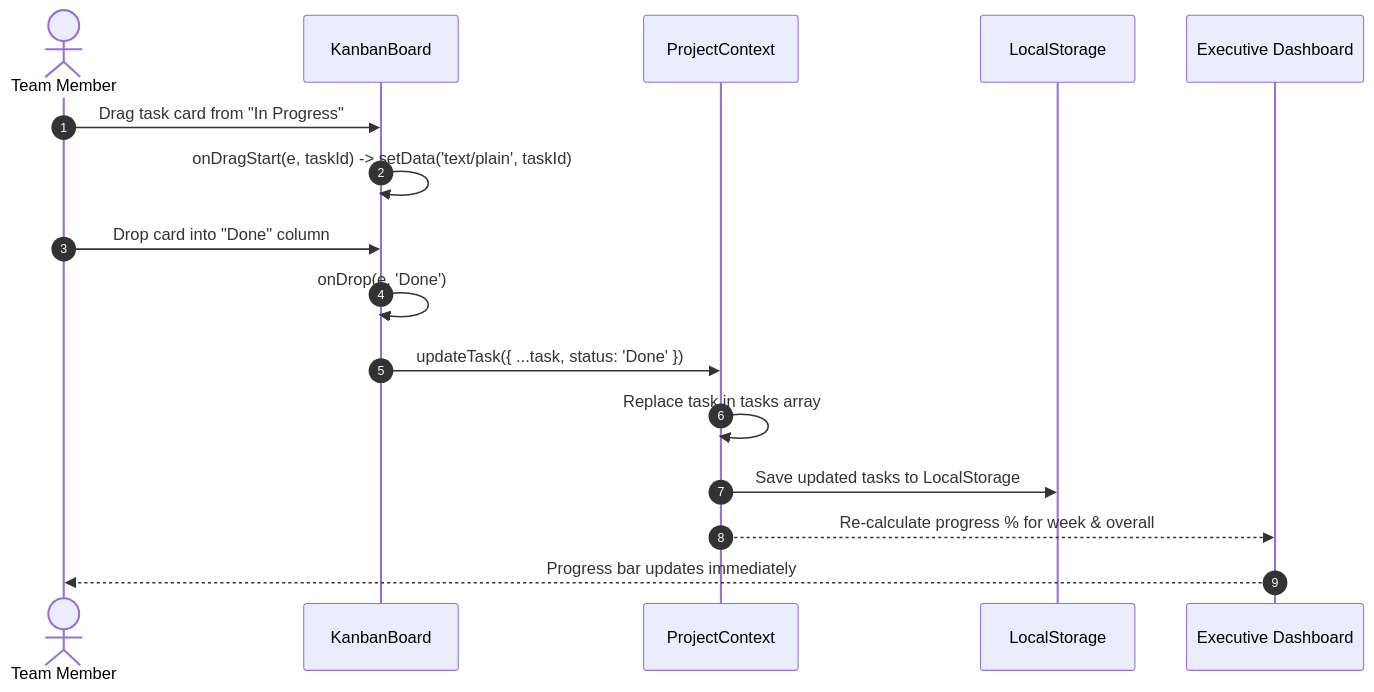
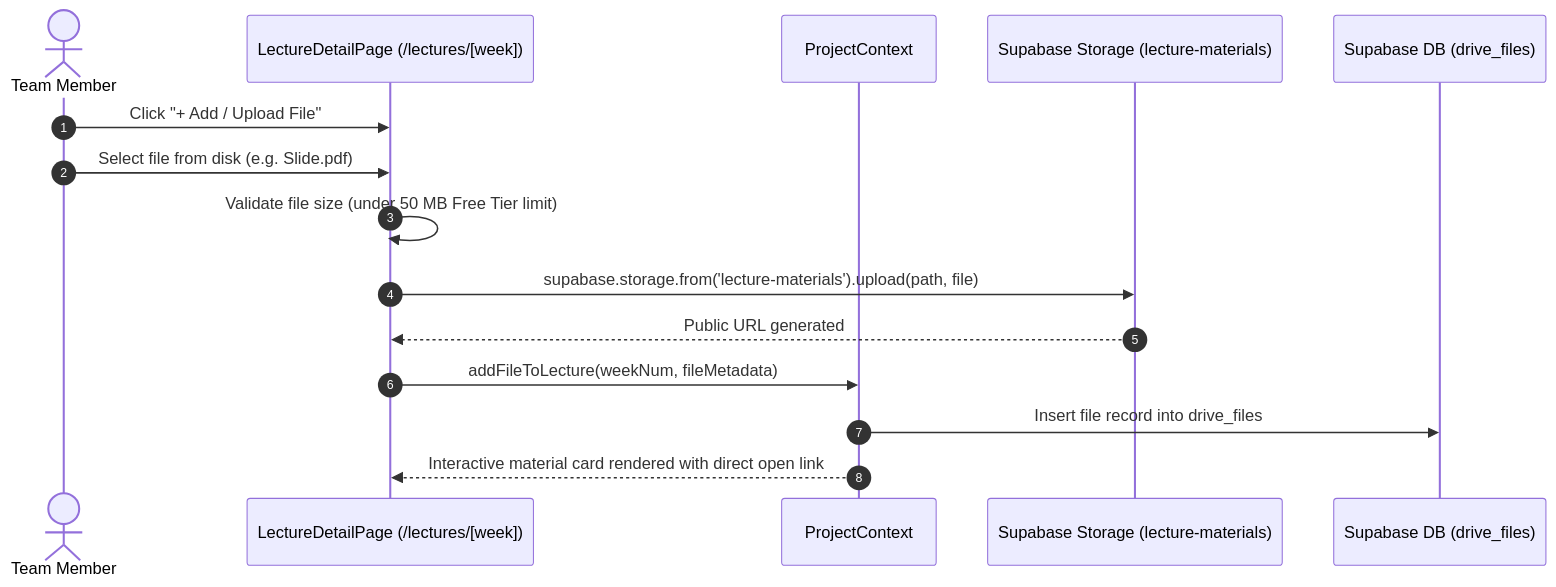
Before and after one commit to KiwisCodes/VGU-Project-Course: the fourth of 5 diagrams in README.md, drawn with Mermaid. The commit also changed other lines of this file, not shown here.

Commit message:
docs: update README with Supabase, team leader designation, dynamic id resolution, and unlocked lecture dossiers

````diff
--- a/README.md
+++ b/README.md
@@ -315,19 +462,18 @@
 ```mermaid
 sequenceDiagram
     autonumber
     actor User as Team Member
-    participant KB as KanbanBoard
+    participant Lec as LectureDetailPage (/lectures/[week])
     participant Ctx as ProjectContext
-    participant LS as LocalStorage
-    participant Dash as Executive Dashboard
+    participant Storage as Supabase Storage (lecture-materials)
+    participant DB as Supabase DB (drive_files)
 
-    User->>KB: Drag task card from "In Progress"
-    KB->>KB: onDragStart(e, taskId) -> setData('text/plain', taskId)
-    User->>KB: Drop card into "Done" column
-    KB->>KB: onDrop(e, 'Done')
-    KB->>Ctx: updateTask({ ...task, status: 'Done' })
-    Ctx->>Ctx: Replace task in tasks array
-    Ctx->>LS: Save updated tasks to LocalStorage
-    Ctx-->>Dash: Re-calculate progress % for week & overall
-    Dash-->>User: Progress bar updates immediately
+    User->>Lec: Click "+ Add / Upload File"
+    User->>Lec: Select file from disk (e.g. Slide.pdf)
+    Lec->>Lec: Validate file size (under 50 MB Free Tier limit)
+    Lec->>Storage: supabase.storage.from('lecture-materials').upload(path, file)
+    Storage-->>Lec: Public URL generated
+    Lec->>Ctx: addFileToLecture(weekNum, fileMetadata)
+    Ctx->>DB: Insert file record into drive_files
+    Ctx-->>Lec: Interactive material card rendered with direct open link
 ```
````
